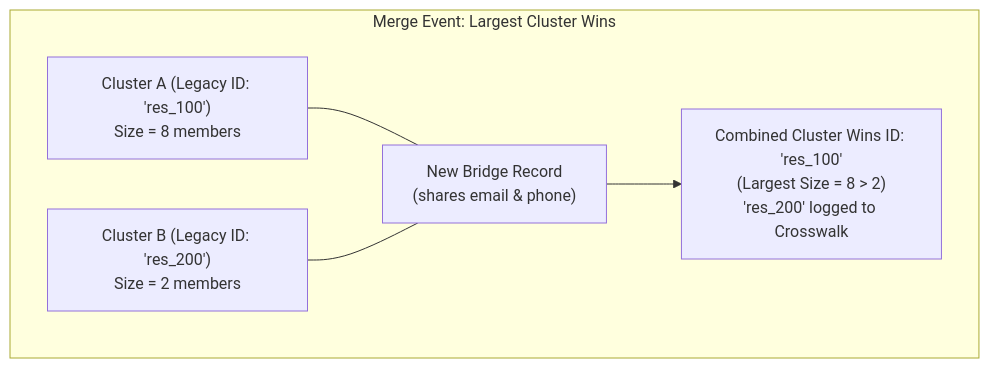
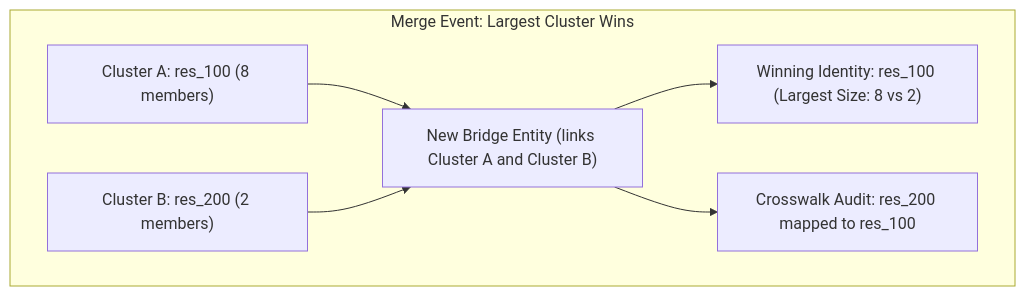
Before and after one commit to anilkulkarni87/sql-identity-oss: the fourth of 5 diagrams in docs/algorithm-and-graph-engine.md, drawn with Mermaid. The commit also changed other lines of this file and 8 other files, not shown here.

Commit message:
docs: add GA4 tag, fix math formulas rendering, and correct mermaid diagram syntax

````diff
--- a/docs/algorithm-and-graph-engine.md
+++ b/docs/algorithm-and-graph-engine.md
@@ -238,14 +269,15 @@
 ```mermaid
 flowchart TD
     subgraph Merge["Merge Event: Largest Cluster Wins"]
-        C1["Cluster A (Legacy ID: 'res_100')\nSize = 8 members"] 
-        C2["Cluster B (Legacy ID: 'res_200')\nSize = 2 members"]
-        Bridge["New Bridge Record\n(shares email & phone)"]
-        
-        C1 --- Bridge
-        C2 --- Bridge
-        
-        Outcome["Combined Cluster Wins ID: 'res_100'\n(Largest Size = 8 > 2)\n'res_200' logged to Crosswalk"]
+        C1["Cluster A: res_100 (8 members)"]
+        C2["Cluster B: res_200 (2 members)"]
+        Bridge["New Bridge Entity (links Cluster A and Cluster B)"]
+        Outcome["Winning Identity: res_100 (Largest Size: 8 vs 2)"]
+        Crosswalk["Crosswalk Audit: res_200 mapped to res_100"]
+
+        C1 --> Bridge
+        C2 --> Bridge
         Bridge --> Outcome
+        Bridge --> Crosswalk
     end
 ```
````
